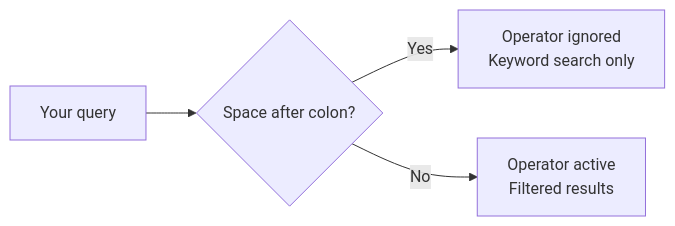
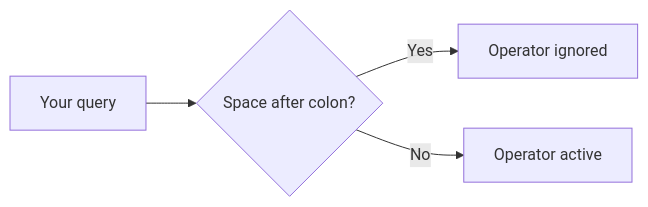
One commit to denis23x/denis-iakimenko changed the first of 2 diagrams in src/data/blog/_2026/google-search-operators.md. Above: the diagram before and after it, drawn with Mermaid. The commit also changed other lines of this file and 10 other files, not shown here.

````diff
--- a/src/data/blog/_2026/google-search-operators.md
+++ b/src/data/blog/_2026/google-search-operators.md
@@ -46,6 +46,6 @@
-```mermaid
+```mermaid caption=The One Rule That Breaks Half Your Queries
 flowchart LR
     A[Your query] --> B{Space after colon?}
-    B -- Yes --> C[Operator ignored\nKeyword search only]
-    B -- No --> D[Operator active\nFiltered results]
+    B -- Yes --> C[Operator ignored]
+    B -- No --> D[Operator active]
 ```
````
